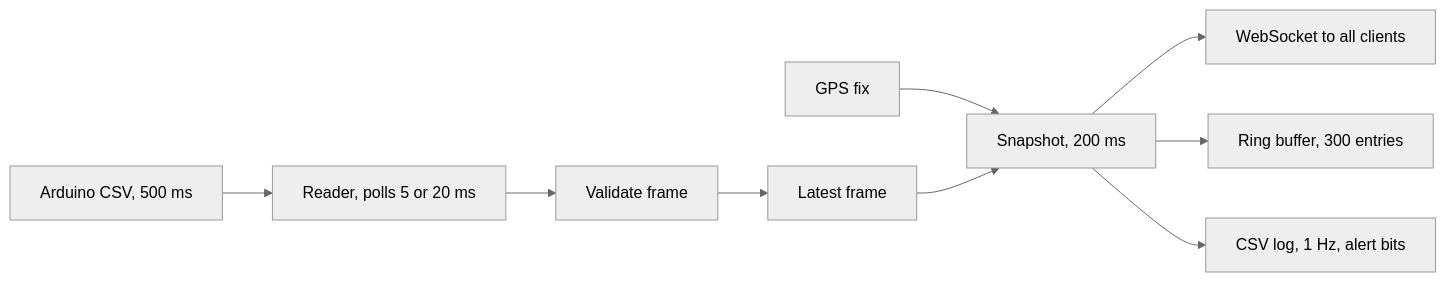
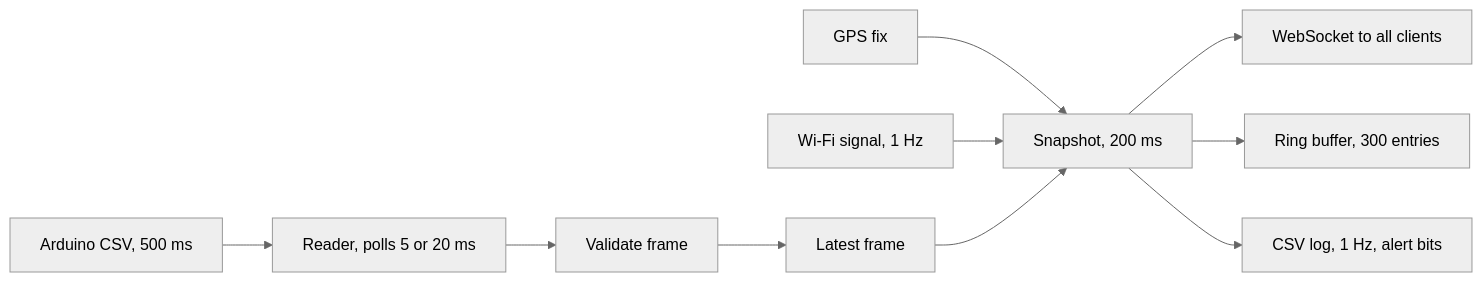
Before and after one commit to baiust999/robort-code-from-pi: diagram 12 of 20 in research paper/RESEARCH PAPER.md, drawn with Mermaid (neutral theme). The commit also changed other lines of this file and 11 other files, not shown here.

````diff
--- a/research paper/RESEARCH PAPER.md
+++ b/research paper/RESEARCH PAPER.md
@@ -577,11 +578,12 @@
 ```mermaid
 flowchart LR
   A["Arduino CSV, 500 ms"] --> R["Reader, polls 5 or 20 ms"]
   R --> V["Validate frame"]
   V --> L["Latest frame"]
   G["GPS fix"] --> S["Snapshot, 200 ms"]
+  W["Wi-Fi signal, 1 Hz"] --> S
   L --> S
   S --> WS["WebSocket to all clients"]
   S --> RB["Ring buffer, 300 entries"]
   S --> LOG["CSV log, 1 Hz, alert bits"]
 ```
````
